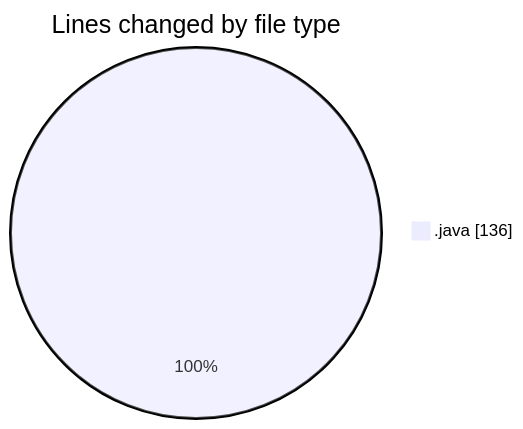
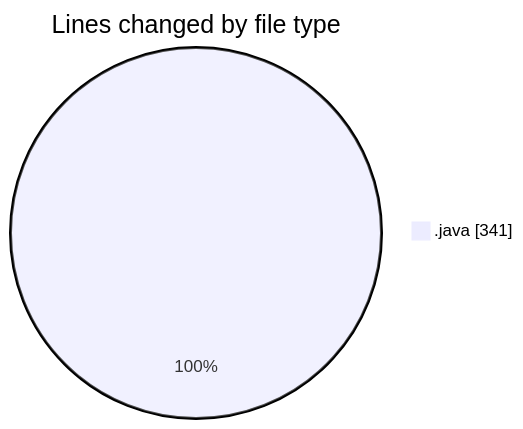
Before and after one commit to hasnaa123/code-tracking: the first of 2 diagrams in 2026-11-02/taskforge/README.md, drawn with Mermaid. The commit also changed other lines of this file and 1 other file, not shown here.

````diff
--- a/2026-11-02/taskforge/README.md
+++ b/2026-11-02/taskforge/README.md
@@ -22,5 +23,5 @@
 ```mermaid
 pie showData
 title Lines changed by file type
-".java" : 136
+".java" : 341
 ```
````
